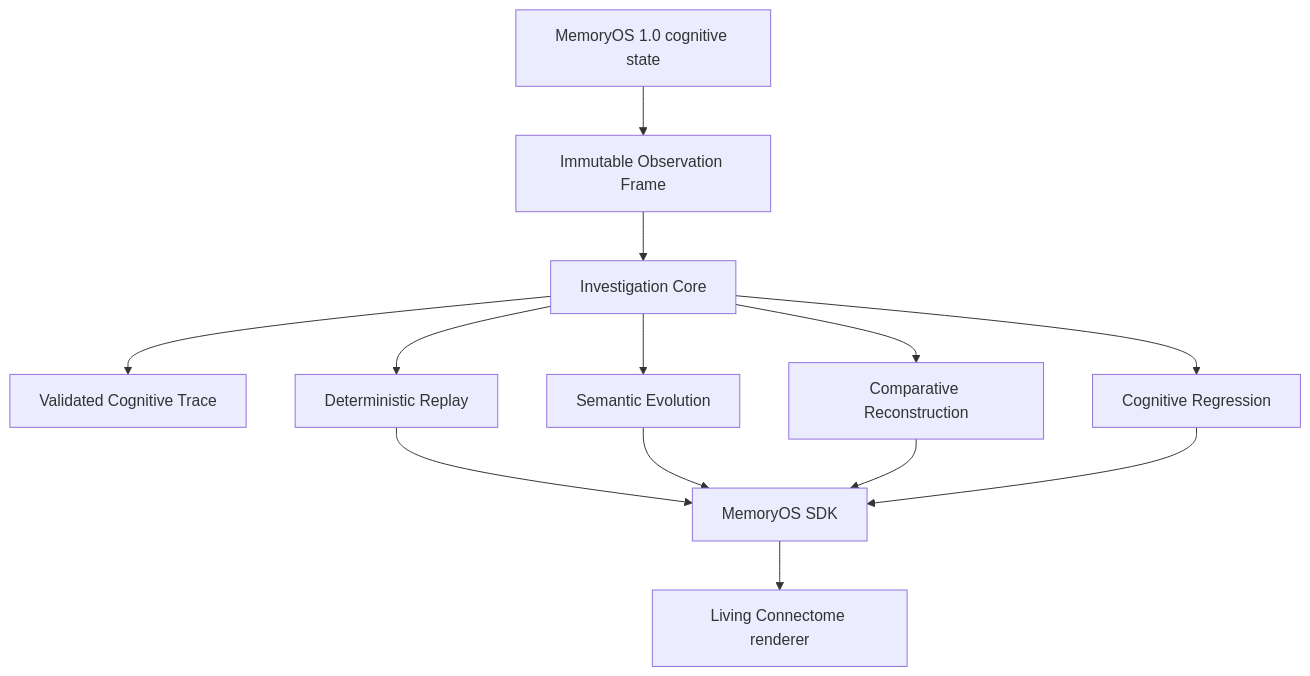
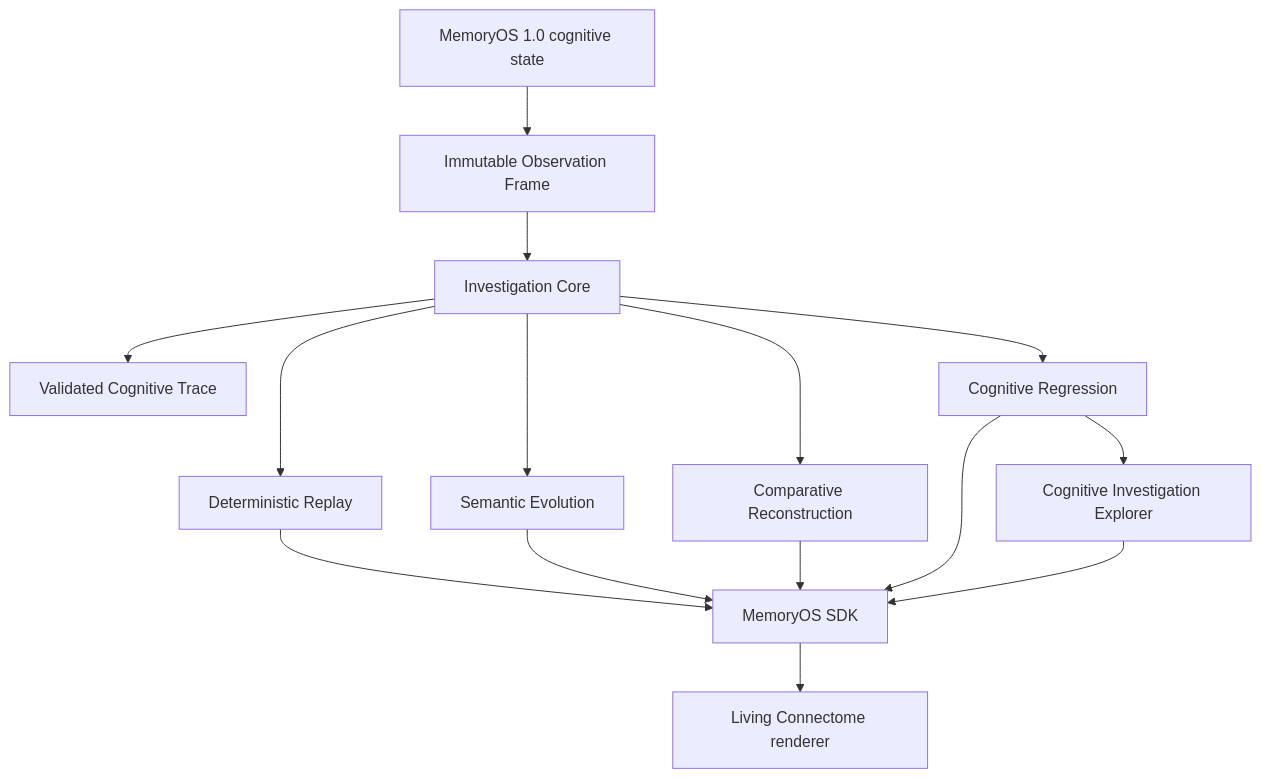
One commit to moelsaka01/memoryos-specification changed the second of 2 diagrams in README.md. Above: the diagram before and after it, drawn with Mermaid. The commit also changed other lines of this file and 74 other files, not shown here.

Commit message:
feat(memoryos-1.2): MO-1207 Cognitive Investigation Explorer

````diff
--- a/README.md
+++ b/README.md
@@ -98,26 +98,29 @@
 ```mermaid
 flowchart TB
     Runtime[MemoryOS 1.0 cognitive state]
     Observation[Immutable Observation Frame]
     Trace[Validated Cognitive Trace]
     Replay[Deterministic Replay]
     Evolution[Semantic Evolution]
     Comparative[Comparative Reconstruction]
     Regression[Cognitive Regression]
+    Explorer[Cognitive Investigation Explorer]
     Core[Investigation Core]
     SDK[MemoryOS SDK]
     Renderer[Living Connectome renderer]
 
     Runtime --> Observation
     Observation --> Core
     Core --> Trace
     Core --> Replay
     Core --> Evolution
     Core --> Comparative
     Core --> Regression
+    Regression --> Explorer
     Replay --> SDK
     Evolution --> SDK
     Comparative --> SDK
     Regression --> SDK
+    Explorer --> SDK
     SDK --> Renderer
 ```
````
